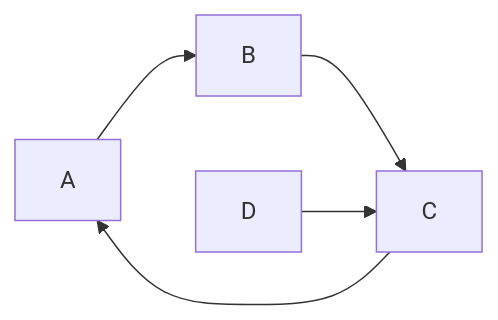
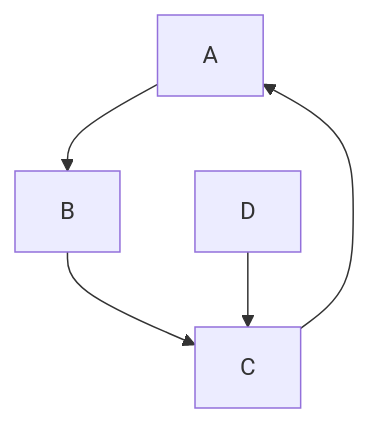
The third of 3 diagrams in JXHC_1055/deck1.md (GermanoGallicchio/learning), drawn with Mermaid before and after one commit. The commit also changed other lines of this file, not shown here.

```diff
--- a/JXHC_1055/deck1.md
+++ b/JXHC_1055/deck1.md
@@ -476,7 +512,7 @@
 <div class="mermaid">
-graph LR
-        A-->B
-        B-->C
-        C-->A
-        D-->C
+flowchart TD
+    A-->B
+    B-->C
+    C-->A
+    D-->C
 </div>
```
